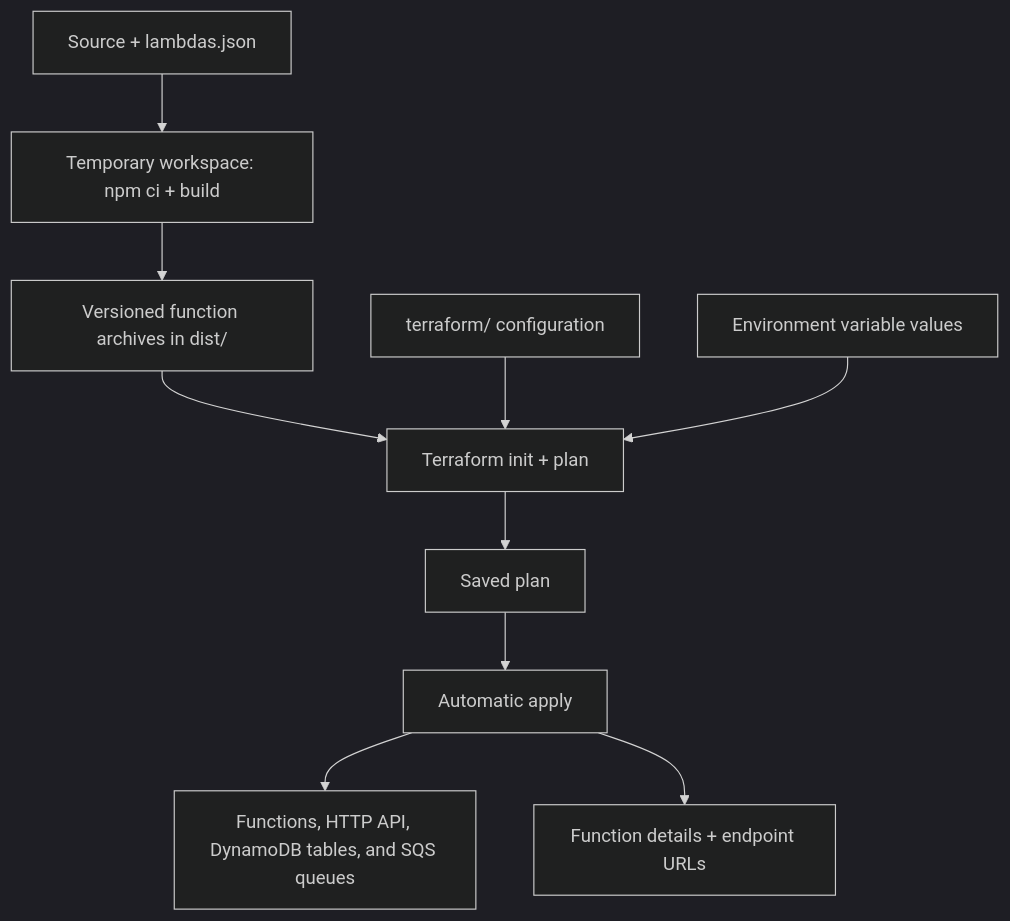
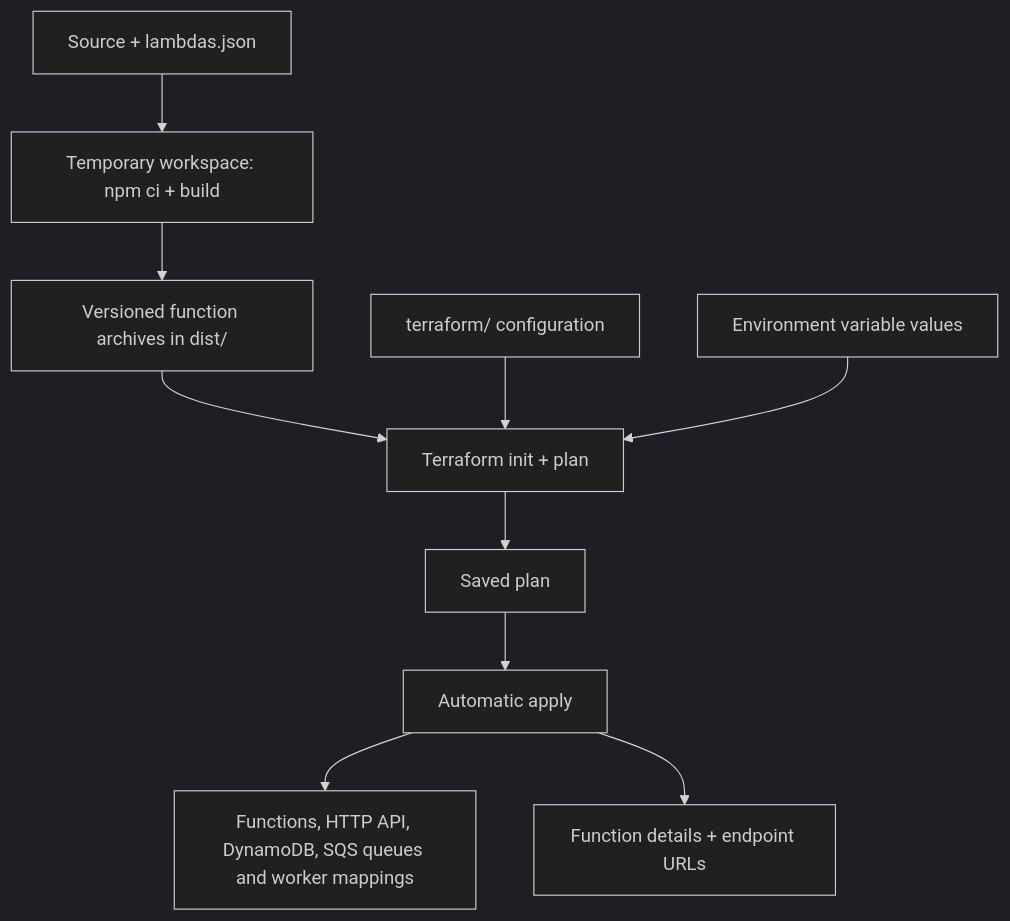
Before and after one commit to gabrielroriz/aws-resilient-payment-flow: the diagram in docs/guides/deployment.md, drawn with Mermaid (dark theme). The commit also changed other lines of this file and 40 other files, not shown here.

````diff
--- a/docs/guides/deployment.md
+++ b/docs/guides/deployment.md
@@ -31,12 +31,12 @@
 ```mermaid
 flowchart TD
     Source["Source + lambdas.json"] --> Build["Temporary workspace: npm ci + build"]
     Build --> ZIP["Versioned function archives in dist/"]
     ZIP --> Plan["Terraform init + plan"]
     Config["terraform/ configuration"] --> Plan
     Secrets["Environment variable values"] --> Plan
     Plan --> Saved["Saved plan"]
     Saved --> Apply["Automatic apply"]
-    Apply --> AWS["Functions, HTTP API, DynamoDB tables, and SQS queues"]
+    Apply --> AWS["Functions, HTTP API, DynamoDB, SQS queues and worker mappings"]
     Apply --> Outputs["Function details + endpoint URLs"]
 ```
````
